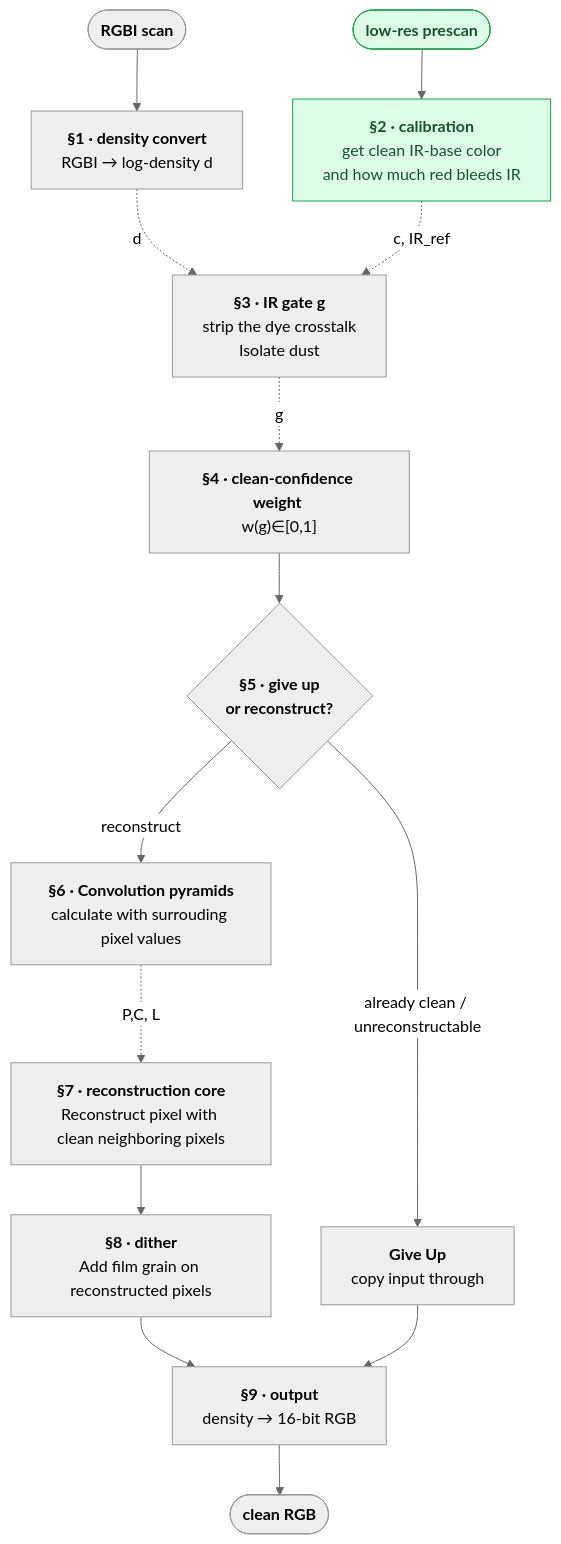
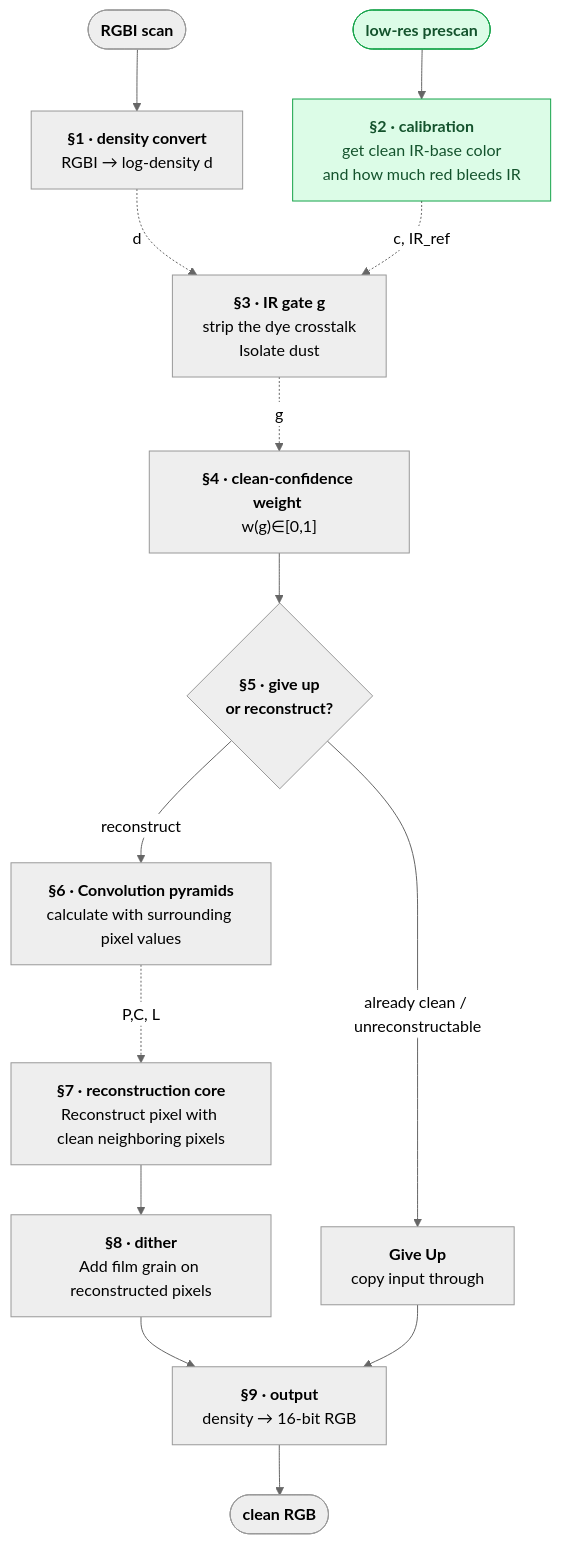
The diagram in docs/pipeline.md (a6o/openICE), drawn with Mermaid (neutral theme) before and after one commit. The commit also changed other lines of this file and 1 other file, not shown here.

````diff
--- a/docs/pipeline.md
+++ b/docs/pipeline.md
@@ -4,19 +4,19 @@
 ```mermaid
 flowchart TB
   RAW(["<b>RGBI scan</b>"]) --> D["<b>§1 · density convert</b><br/>RGBI → log-density d"]
   LR(["<b>low-res prescan</b>"]) --> CAL["<b>§2 · calibration</b> <br/> get clean IR-base color <br/> and how much red bleeds IR"]
   D -. "d" .-> G["<b>§3 · IR gate g</b><br/>strip the dye crosstalk<br/>Isolate dust"]
   CAL -. "c, IR_ref" .-> G
   G -. "g" .-> W["<b>§4 · clean-confidence weight</b> <br/>w(g)∈[0,1]"]
   W --> DEC{"<b>§5 · give up<br/>or reconstruct?</b>"}
   DEC -->|"already clean / unreconstructable"| CP["<b>Give Up</b><br/>copy input through"]
-  DEC -->|reconstruct| P["<b>§6 · Convolution pyramids</b><br/>calculate with surrouding pixel values"]
+  DEC -->|reconstruct| P["<b>§6 · Convolution pyramids</b><br/>calculate with surrounding pixel values"]
   P -."P,C, L".-> CORE["<b>§7 · reconstruction core</b><br/>Reconstruct pixel with clean neighboring pixels"]
   CORE --> DI["<b>§8 · dither</b><br/>Add film grain on reconstructed pixels"]
   DI --> O["<b>§9 · output</b><br/>density → 16-bit RGB"]
   CP --> O
   O --> RES(["<b>clean RGB</b>"])
 
   classDef cal fill:#dcfce7,stroke:#16a34a,color:#14532d;
   class LR,CAL cal;
 ```
````
